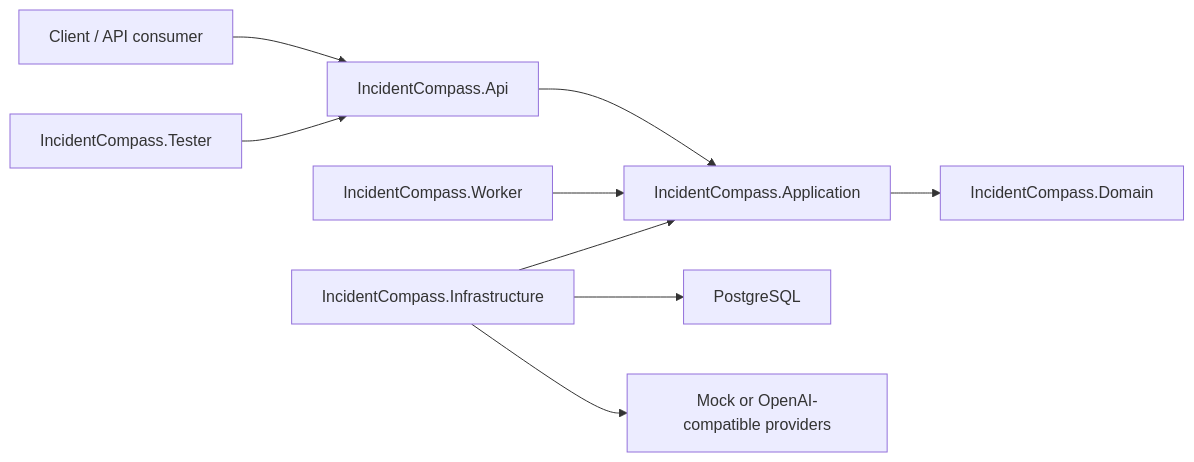
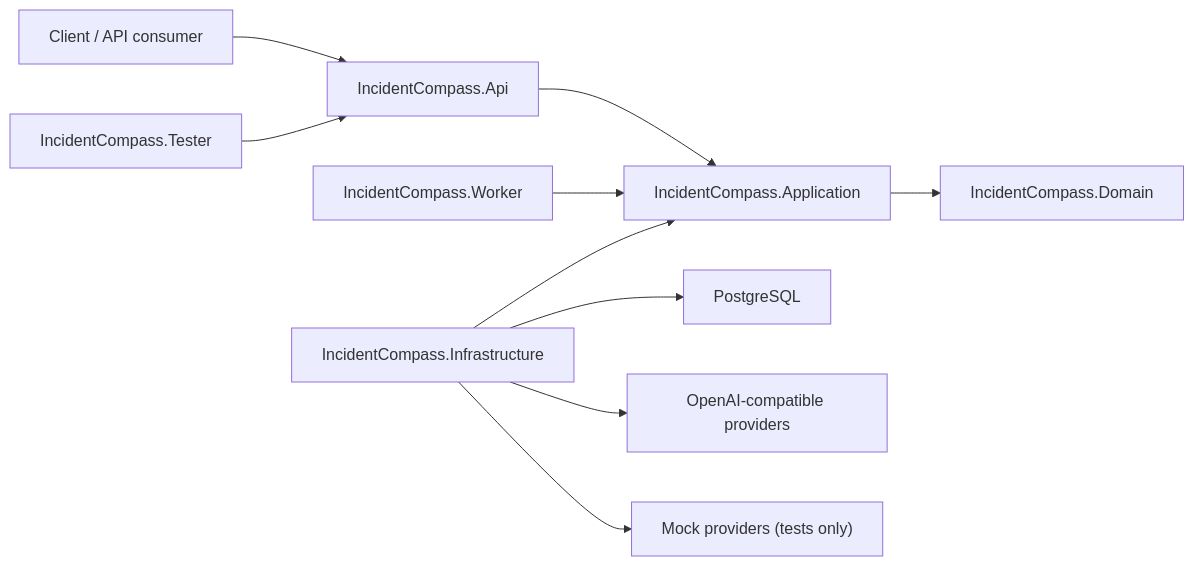
Before and after one commit to MelfusX/IncidentCompass: the diagram in README.md, drawn with Mermaid. The commit also changed other lines of this file and 35 other files, not shown here.

First line of the commit message:
feat(providers): default to OpenAI-compatible model and embedding providers

```diff
--- a/README.md
+++ b/README.md
@@ -44,11 +40,12 @@
 ~~~mermaid
 flowchart LR
     Client["Client / API consumer"] --> Api["IncidentCompass.Api"]
     Tester["IncidentCompass.Tester"] --> Api
     Api --> App["IncidentCompass.Application"]
     Worker["IncidentCompass.Worker"] --> App
     App --> Domain["IncidentCompass.Domain"]
     Infrastructure["IncidentCompass.Infrastructure"] --> App
     Infrastructure --> Postgres["PostgreSQL"]
-    Infrastructure --> Providers["Mock or OpenAI-compatible providers"]
+    Infrastructure --> Providers["OpenAI-compatible providers"]
+    Infrastructure --> TestProviders["Mock providers (tests only)"]
 ~~~
```
